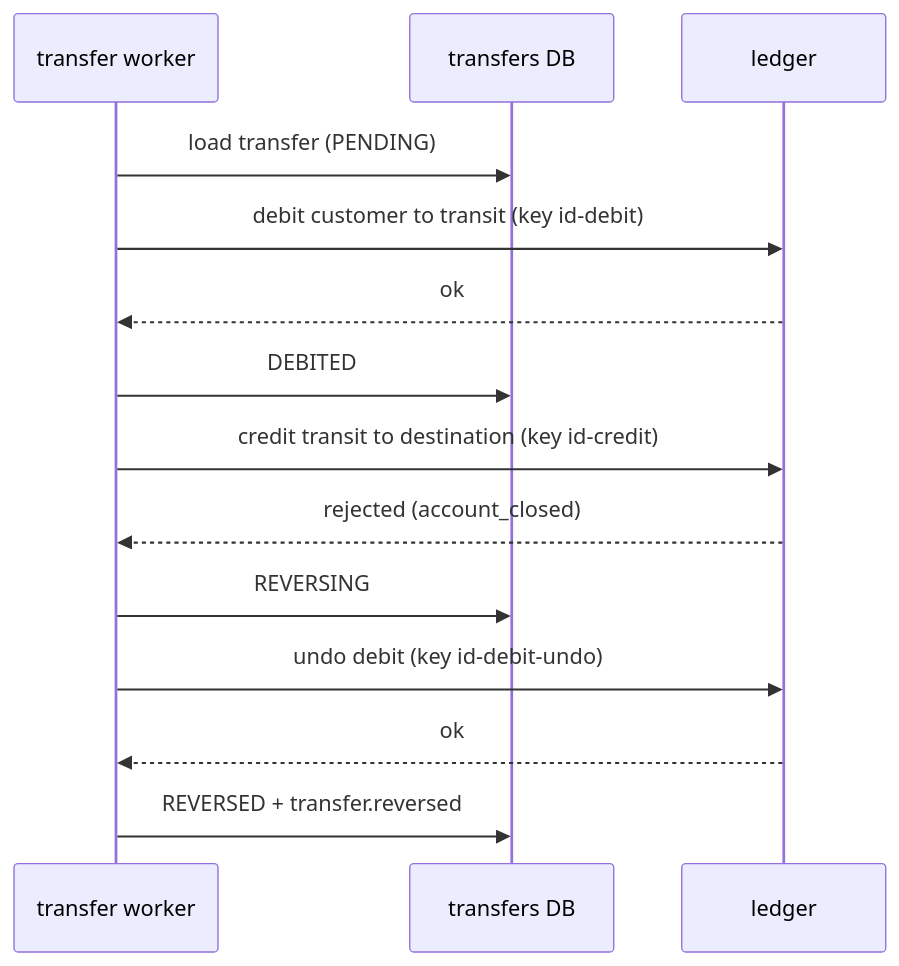
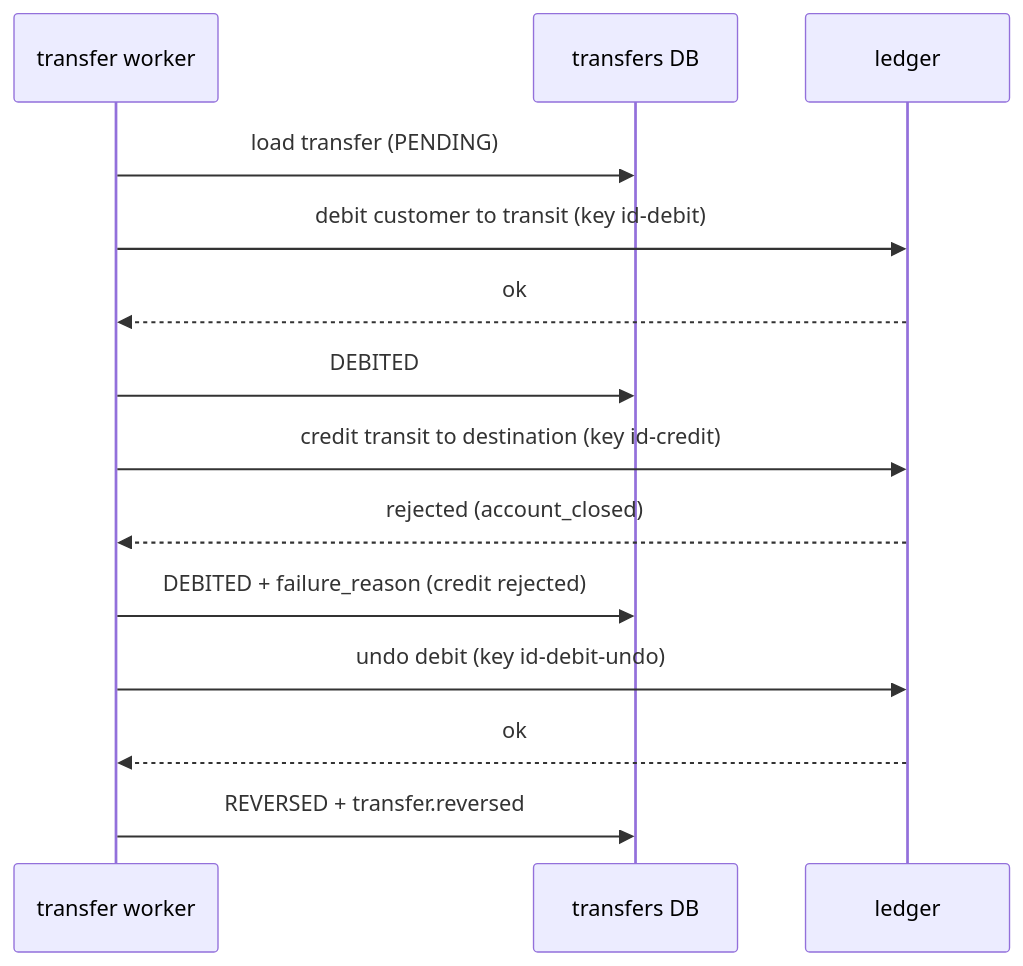
Before and after one commit to GodwinJacobR/mock-bank: the second of 2 diagrams in docs/transfers-ordering.md, drawn with Mermaid. The commit also changed 4 other files, not shown here.

Commit message:
Remove REVERSING state; use failure_reason for resume-into-undo

````diff
--- a/docs/transfers-ordering.md
+++ b/docs/transfers-ordering.md
@@ -30,16 +30,16 @@
 ```mermaid
 sequenceDiagram
   participant W as transfer worker
   participant DB as transfers DB
   participant L as ledger
   W->>DB: load transfer (PENDING)
   W->>L: debit customer to transit (key id-debit)
   L-->>W: ok
   W->>DB: DEBITED
   W->>L: credit transit to destination (key id-credit)
   L-->>W: rejected (account_closed)
-  W->>DB: REVERSING
+  W->>DB: DEBITED + failure_reason (credit rejected)
   W->>L: undo debit (key id-debit-undo)
   L-->>W: ok
   W->>DB: REVERSED + transfer.reversed
 ```
````
